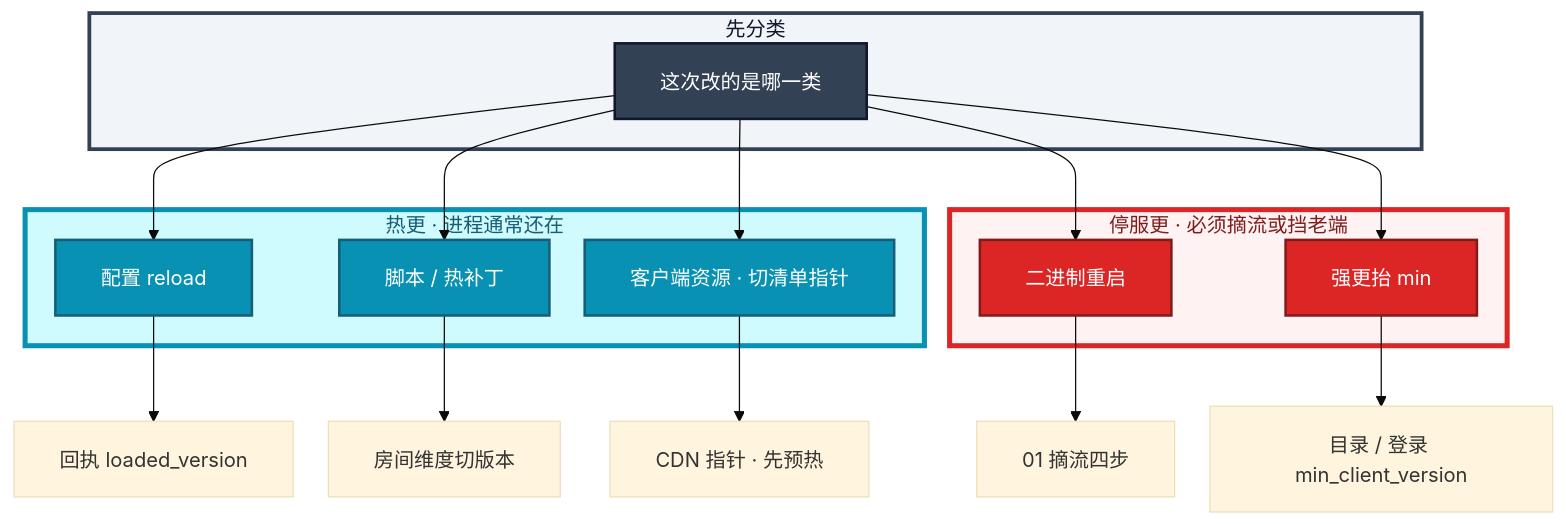
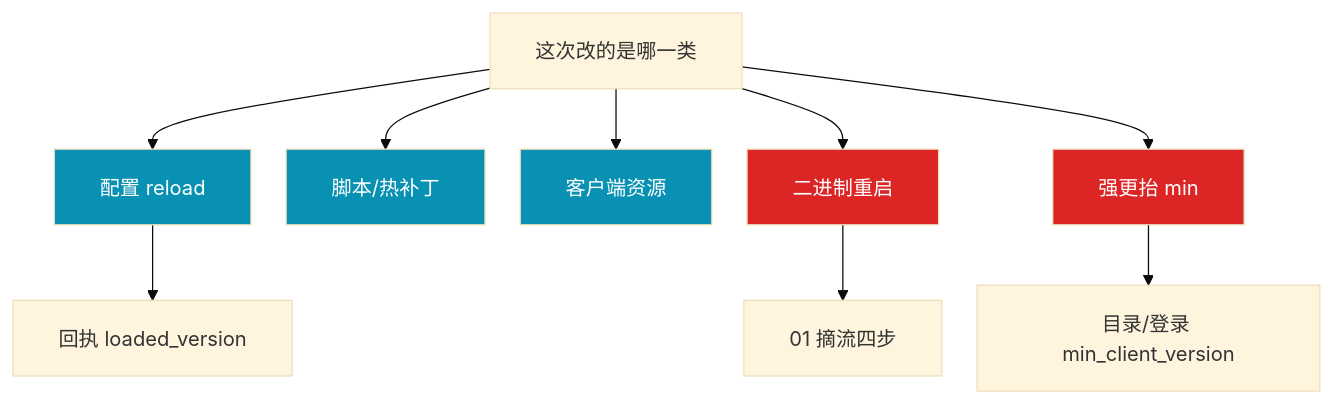
The second of 2 diagrams in 08-游戏运维专题/03-热更新与版本发布/知识点.md (ml-cuizijun/LearnToLilith), drawn with Mermaid before and after one commit. The commit also changed other lines of this file and 213 other files, not shown here.

````diff
--- a/08-游戏运维专题/03-热更新与版本发布/知识点.md
+++ b/08-游戏运维专题/03-热更新与版本发布/知识点.md
@@ -83,41 +62,15 @@
 ```mermaid
 %%{init: {"flowchart": {"padding": 18, "nodeSpacing": 28, "rankSpacing": 48}, "theme": "base"}}%%
 flowchart TB
-    subgraph classify ["先分类"]
-        q[这次改的是哪一类]
-    end
-
-    subgraph hot ["热更 · 进程通常还在"]
-        cfg[配置 reload]
-        lua[脚本 / 热补丁]
-        res[客户端资源 · 切清单指针]
-    end
-
-    subgraph stop ["停服更 · 必须摘流或挡老端"]
-        bin[二进制重启]
-        force[强更抬 min]
-    end
-
-    q --> cfg
-    q --> lua
-    q --> res
-    q --> bin
-    q --> force
-
+    q[这次改的是哪一类] --> cfg[配置 reload]
+    q --> lua[脚本/热补丁]
+    q --> res[客户端资源]
+    q --> bin[二进制重启]
+    q --> force[强更抬 min]
     cfg --> ack[回执 loaded_version]
-    lua --> room[房间维度切版本]
-    res --> ptr[CDN 指针 · 先预热]
     bin --> drain[01 摘流四步]
-    force --> min["目录 / 登录 min_client_version"]
-
-    classDef hotc fill:#0891B2,stroke:#155E75,stroke-width:2px,color:#fff
-    classDef stopc fill:#DC2626,stroke:#7F1D1D,stroke-width:2px,color:#fff
-    classDef q fill:#334155,stroke:#0F172A,stroke-width:2px,color:#fff
-    class cfg,lua,res hotc
-    class bin,force stopc
-    class q q
-
-    style classify fill:#F1F5F9,stroke:#334155,stroke-width:3px,color:#0F172A
-    style hot fill:#CFFAFE,stroke:#0891B2,stroke-width:4px,color:#155E75
-    style stop fill:#FEF2F2,stroke:#DC2626,stroke-width:4px,color:#7F1D1D
+    force --> min[目录/登录 min_client_version]
+    classDef hot fill:#0891B2,color:#fff
+    classDef stop fill:#DC2626,color:#fff
+    class cfg,lua,res hot; class bin,force stop
 ```
````
